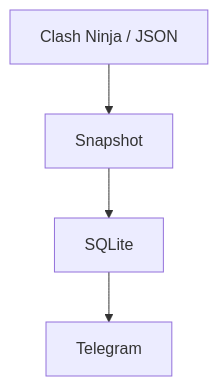
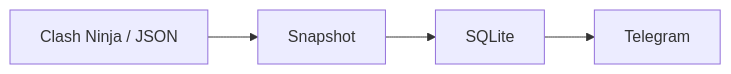
Before and after one commit to soroka01/Clash-Of-Clans-Telegram-Clash-Ninja-notifyer: the diagram in README.md, drawn with Mermaid. The commit also changed other lines of this file and 1 other file, not shown here.

````diff
--- a/README.md
+++ b/README.md
@@ -40,6 +34,6 @@
 ```mermaid
-flowchart TD
+flowchart LR
     A["Clash Ninja / JSON"] --> B["Snapshot"]
-    B["Snapshot"] --> C["SQLite"]
-    C["SQLite"] --> D["Telegram"]
+    B --> C["SQLite"]
+    C --> D["Telegram"]
 ```
````
